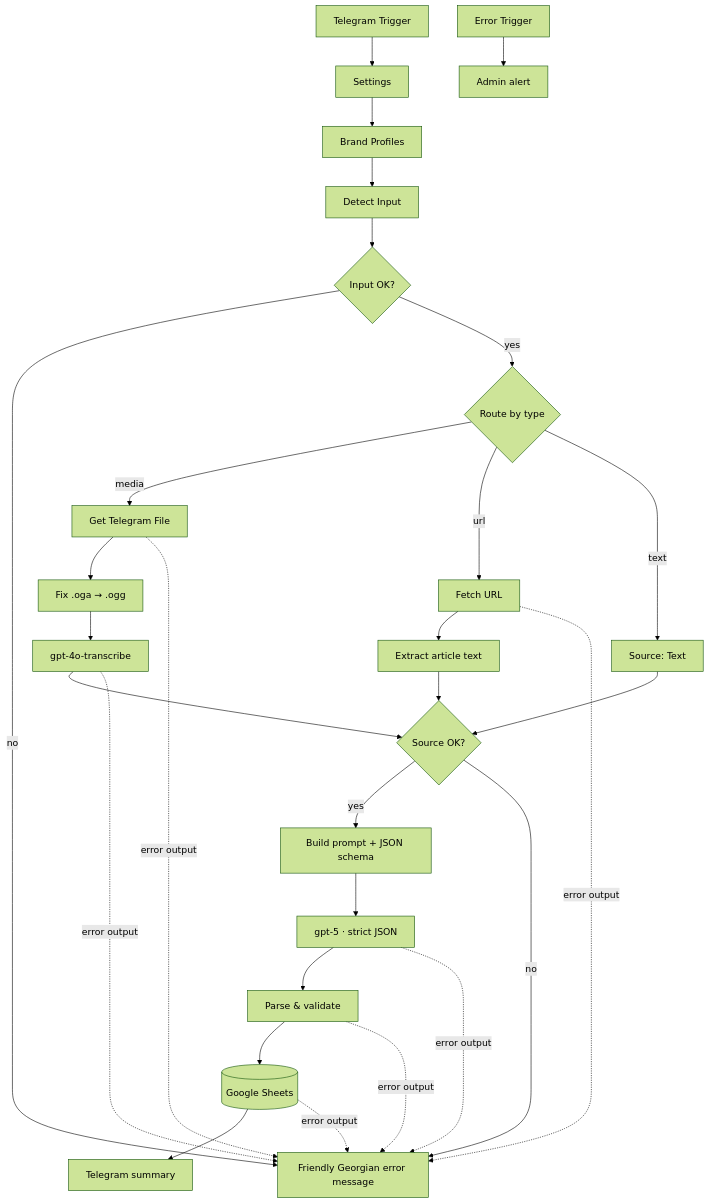
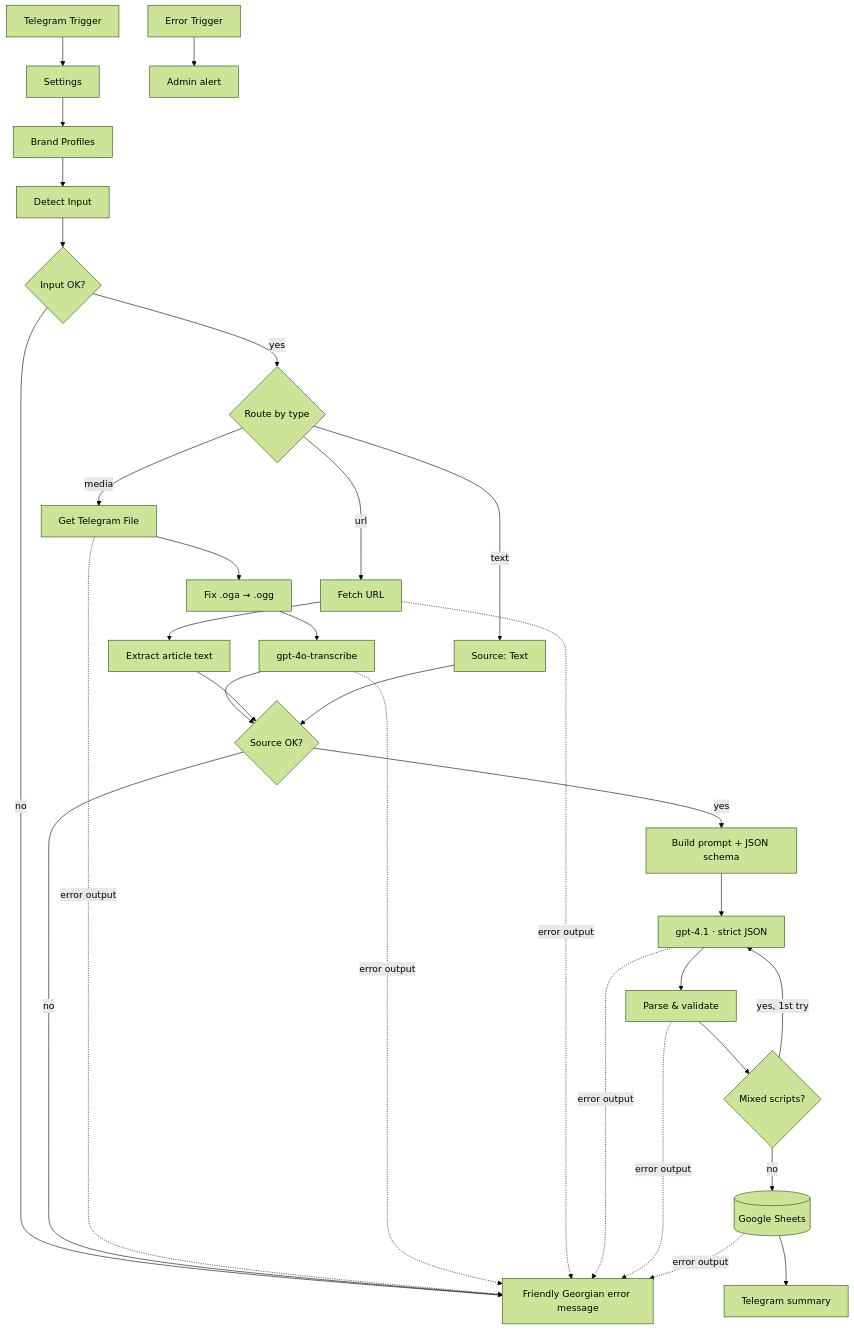
One commit to Meno-G/content-pack-bot changed the diagram in README.md. Above: the diagram before and after it, drawn with Mermaid (forest theme). The commit also changed other lines of this file and 9 other files, not shown here.

````diff
--- a/README.md
+++ b/README.md
@@ -47,16 +47,18 @@
 ```mermaid
 flowchart TD
     TG[Telegram Trigger] --> S[Settings] --> BP[Brand Profiles] --> DI[Detect Input] --> OK{Input OK?}
     OK -- no --> ERR
     OK -- yes --> R{Route by type}
     R -- media --> GF[Get Telegram File] --> FX[Fix .oga → .ogg] --> STT[gpt-4o-transcribe]
     R -- url --> FU[Fetch URL] --> EX[Extract article text]
     R -- text --> TX[Source: Text]
     STT --> SQ{Source OK?}
     EX --> SQ
     TX --> SQ
-    SQ -- yes --> B[Build prompt + JSON schema] --> LLM[gpt-5 · strict JSON] --> P[Parse & validate] --> GS[(Google Sheets)] --> SUM[Telegram summary]
+    SQ -- yes --> B[Build prompt + JSON schema] --> LLM[gpt-4.1 · strict JSON] --> P[Parse & validate] --> RN{Mixed scripts?}
+    RN -- "yes, 1st try" --> LLM
+    RN -- no --> GS[(Google Sheets)] --> SUM[Telegram summary]
     SQ -- no --> ERR[Friendly Georgian error message]
     GF & STT & FU & LLM & P & GS -. error output .-> ERR
     ET[Error Trigger] --> ADM[Admin alert]
 ```
````
